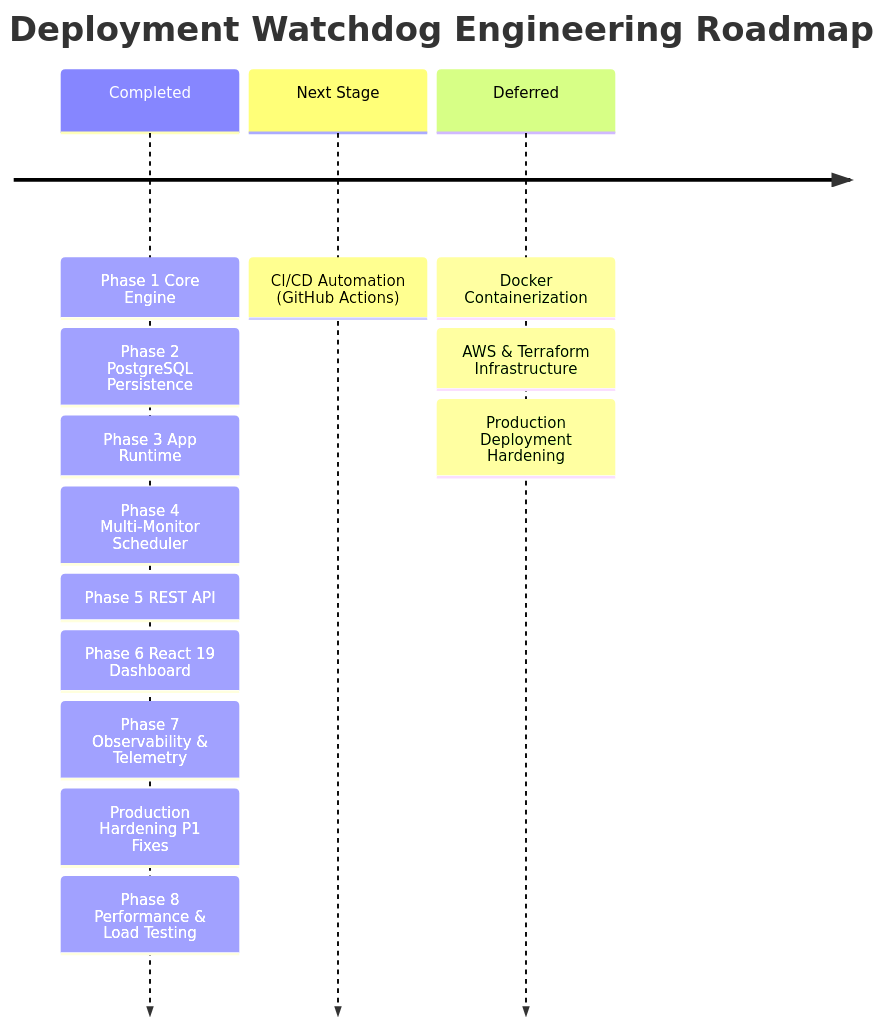
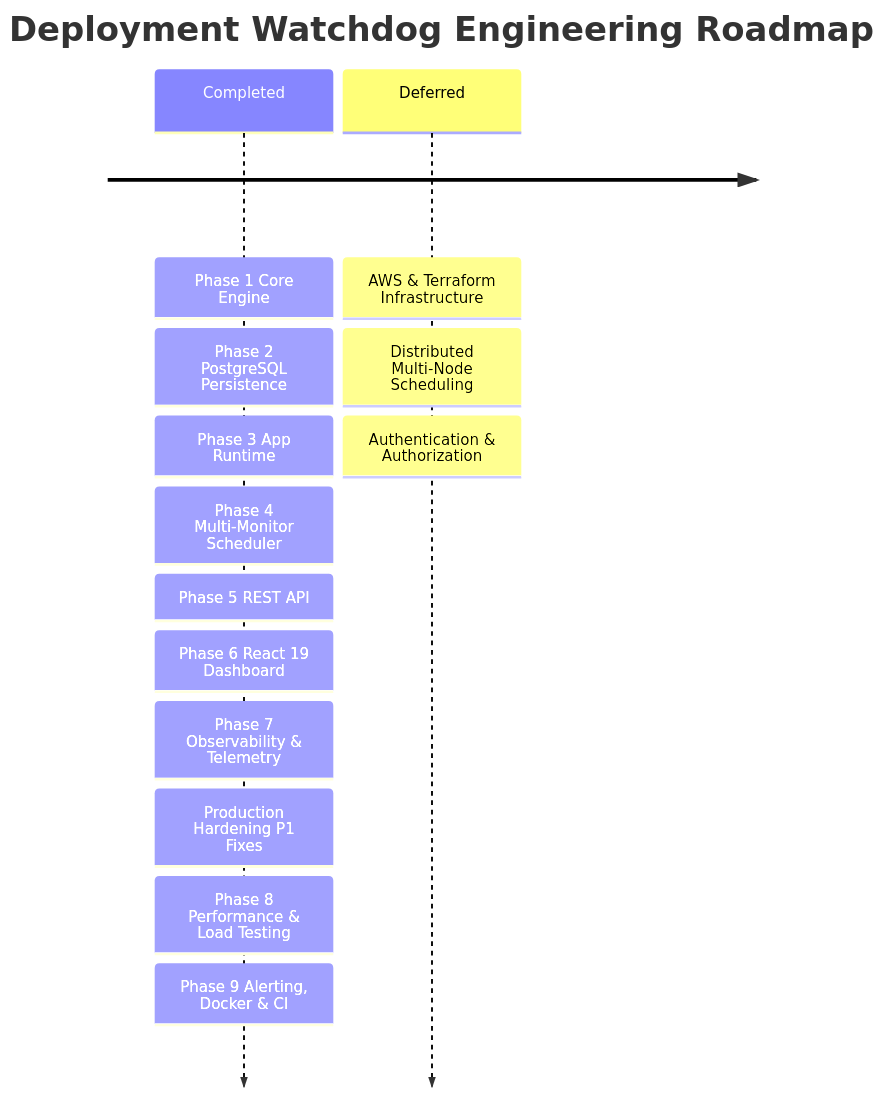
Before and after one commit to chavaliadi/watchdog: the second of 2 diagrams in README.md, drawn with Mermaid. The commit also changed other lines of this file and 13 other files, not shown here.

Commit message:
feat: add alerting, Docker, and CI

````diff
--- a/README.md
+++ b/README.md
@@ -623,7 +749,6 @@
 ```mermaid
 timeline
     title Deployment Watchdog Engineering Roadmap
-    Completed : Phase 1 Core Engine : Phase 2 PostgreSQL Persistence : Phase 3 App Runtime : Phase 4 Multi-Monitor Scheduler : Phase 5 REST API : Phase 6 React 19 Dashboard : Phase 7 Observability & Telemetry : Production Hardening P1 Fixes : Phase 8 Performance & Load Testing
-    Next Stage : CI/CD Automation (GitHub Actions)
-    Deferred : Docker Containerization : AWS & Terraform Infrastructure : Production Deployment Hardening
+    Completed : Phase 1 Core Engine : Phase 2 PostgreSQL Persistence : Phase 3 App Runtime : Phase 4 Multi-Monitor Scheduler : Phase 5 REST API : Phase 6 React 19 Dashboard : Phase 7 Observability & Telemetry : Production Hardening P1 Fixes : Phase 8 Performance & Load Testing : Phase 9 Alerting, Docker & CI
+    Deferred : AWS & Terraform Infrastructure : Distributed Multi-Node Scheduling : Authentication & Authorization
 ```
````
